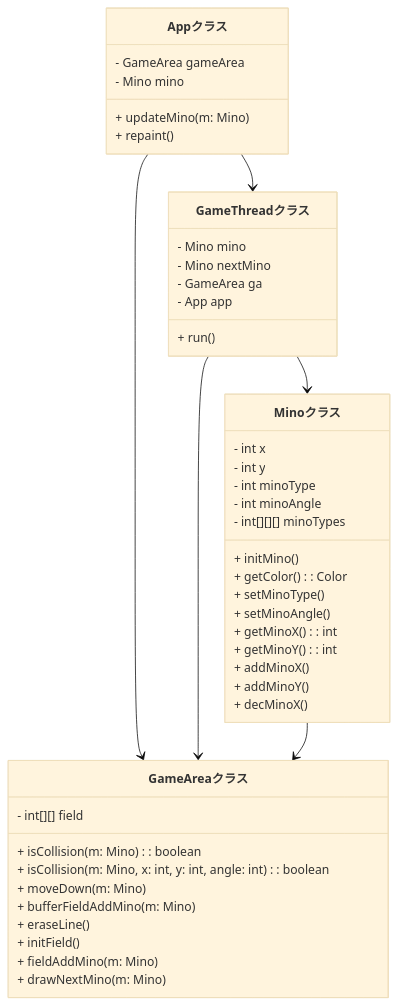
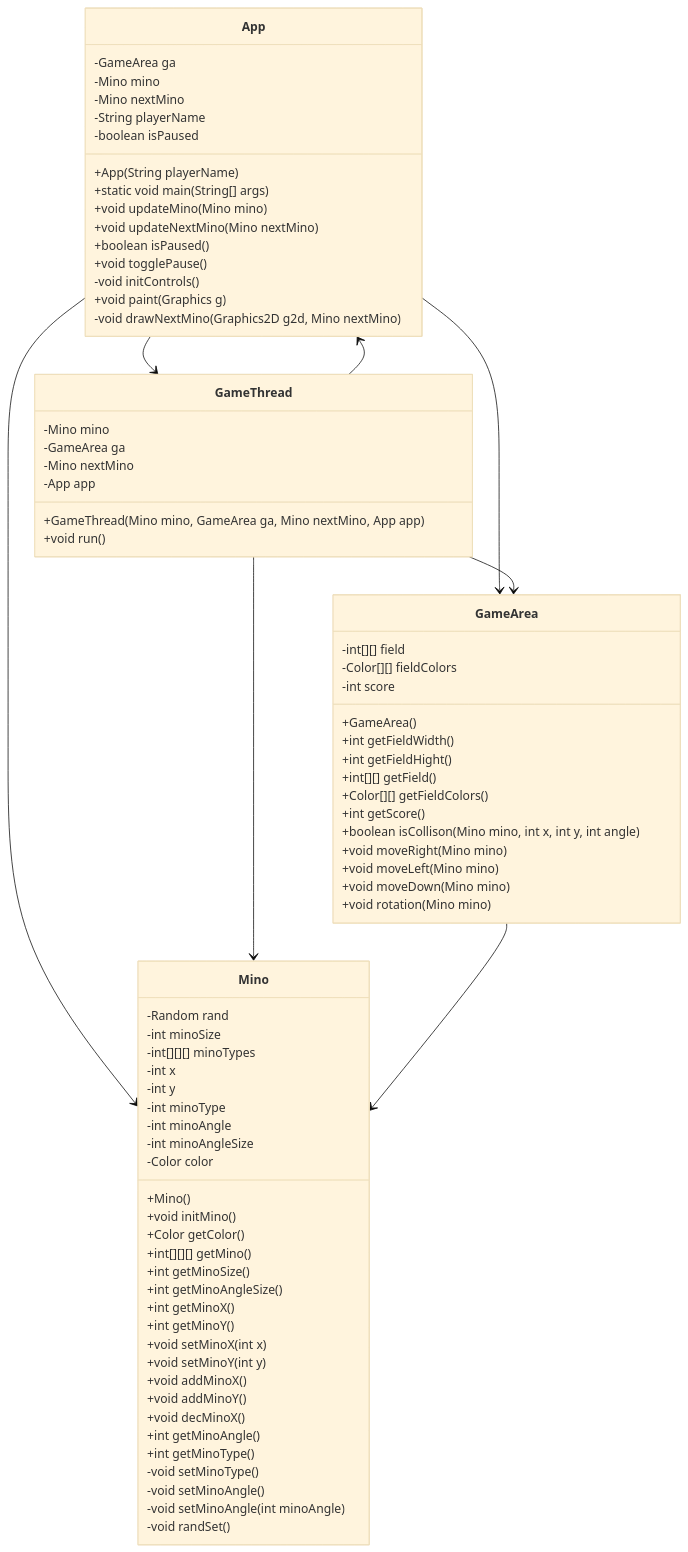
Before and after one commit to keigo66/teamB_TETRIS: the diagram in classDia.md, drawn with Mermaid (base theme).

````diff
--- a/classDia.md
+++ b/classDia.md
@@ -1,52 +1,84 @@
 ```mermaid
 classDiagram
-    class Appクラス {
-        - GameArea gameArea
-        - Mino mino
-        + updateMino(m: Mino)
-        + repaint()
+    class App {
+        -GameArea ga
+        -Mino mino
+        -Mino nextMino
+        -String playerName
+        -boolean isPaused
+        +App(String playerName)
+        +static void main(String[] args)
+        +void updateMino(Mino mino)
+        +void updateNextMino(Mino nextMino)
+        +boolean isPaused()
+        +void togglePause()
+        -void initControls()
+        +void paint(Graphics g)
+        -void drawNextMino(Graphics2D g2d, Mino nextMino)
     }
 
-    class GameAreaクラス {
-        - int[][] field
-        + isCollision(m: Mino) : boolean
-        + isCollision(m: Mino, x: int, y: int, angle: int) : boolean
-        + moveDown(m: Mino)
-        + bufferFieldAddMino(m: Mino)
-        + eraseLine()
-        + initField()
-        + fieldAddMino(m: Mino)
-        + drawNextMino(m: Mino)
+    class GameArea {
+        -int[][] field
+        -Color[][] fieldColors
+        -int score
+        +GameArea()
+        +int getFieldWidth()
+        +int getFieldHight()
+        +int[][] getField()
+        +Color[][] getFieldColors()
+        +int getScore()
+        +boolean isCollison(Mino mino, int x, int y, int angle)
+        +void moveRight(Mino mino)
+        +void moveLeft(Mino mino)
+        +void moveDown(Mino mino)
+        +void rotation(Mino mino)
     }
 
-    class GameThreadクラス {
-        - Mino mino
-        - Mino nextMino
-        - GameArea ga
-        - App app
-        + run()
+    class Mino {
+        -Random rand
+        -int minoSize
+        -int[][][] minoTypes
+        -int x
+        -int y
+        -int minoType
+        -int minoAngle
+        -int minoAngleSize
+        -Color color
+        +Mino()
+        +void initMino()
+        +Color getColor()
+        +int[][][] getMino()
+        +int getMinoSize()
+        +int getMinoAngleSize()
+        +int getMinoX()
+        +int getMinoY()
+        +void setMinoX(int x)
+        +void setMinoY(int y)
+        +void addMinoX()
+        +void addMinoY()
+        +void decMinoX()
+        +int getMinoAngle()
+        +int getMinoType()
+        -void setMinoType()
+        -void setMinoAngle()
+        -void setMinoAngle(int minoAngle)
+        -void randSet()
     }
 
-    class Minoクラス {
-        - int x
-        - int y
-        - int minoType
-        - int minoAngle
-        - int[][][] minoTypes
-        + initMino()
-        + getColor() : Color
-        + setMinoType()
-        + setMinoAngle()
-        + getMinoX() : int
-        + getMinoY() : int
-        + addMinoX()
-        + addMinoY()
-        + decMinoX()
+    class GameThread {
+        -Mino mino
+        -GameArea ga
+        -Mino nextMino
+        -App app
+        +GameThread(Mino mino, GameArea ga, Mino nextMino, App app)
+        +void run()
     }
 
-    Appクラス  --> GameThreadクラス
-    Appクラス  --> GameAreaクラス
-    GameThreadクラス --> GameAreaクラス
-    GameThreadクラス  -->  Minoクラス
-    Minoクラス  -->  GameAreaクラス
+    App --> GameArea
+    App --> Mino
+    App --> GameThread
+    GameThread --> Mino
+    GameThread --> GameArea
+    GameThread --> App
+    GameArea --> Mino
 ```
````
